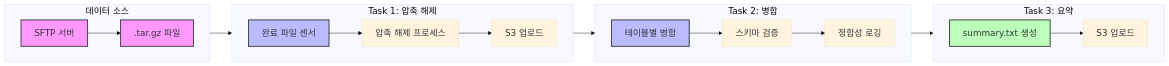
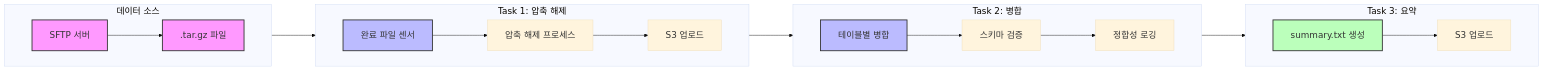
The sixth of 11 diagrams in _posts/2025-03-18-etl-pipeline.md (yeokyeong-yoon/yeokyeong-yoon.github.io), drawn with Mermaid before and after one commit. The commit also changed other lines of this file, not shown here.

Commit message:
docs: Increase diagram size and improve readability with larger fonts and better spacing

````diff
--- a/_posts/2025-03-18-etl-pipeline.md
+++ b/_posts/2025-03-18-etl-pipeline.md
@@ -255,33 +255,33 @@
 ```mermaid
-%%{init: {'theme': 'base', 'themeVariables': { 'fontSize': '20px', 'width': '100%', 'height': '100%'}}}%%
+%%{init: {'theme': 'base', 'themeVariables': { 'fontSize': '20px', 'fontFamily': 'arial', 'lineHeight': '1.5', 'textAlignment': 'center' }, 'flowchart': { 'nodeSpacing': 50, 'rankSpacing': 100, 'padding': 20, 'width': '100%', 'height': '100%' }}}%%
 graph LR
     subgraph "데이터 소스"
         direction LR
         S1[SFTP 서버] --> S2[.tar.gz 파일]
     end
     
     subgraph "Task 1: 압축 해제"
         direction LR
         T1[완료 파일 센서] --> T2[압축 해제 프로세스] --> T3[S3 업로드]
     end
     
     subgraph "Task 2: 병합"
         direction LR
         T4[테이블별 병합] --> T5[스키마 검증] --> T6[정합성 로깅]
     end
     
     subgraph "Task 3: 요약"
         direction LR
         T7[summary.txt 생성] --> T8[S3 업로드]
     end
     
     S2 --> T1
     T3 --> T4
     T6 --> T7
     
     style S1 fill:#f9f,stroke:#333,stroke-width:2px
     style S2 fill:#f9f,stroke:#333,stroke-width:2px
     style T1 fill:#bbf,stroke:#333,stroke-width:2px
     style T4 fill:#bbf,stroke:#333,stroke-width:2px
     style T7 fill:#bfb,stroke:#333,stroke-width:2px
 ```
````
